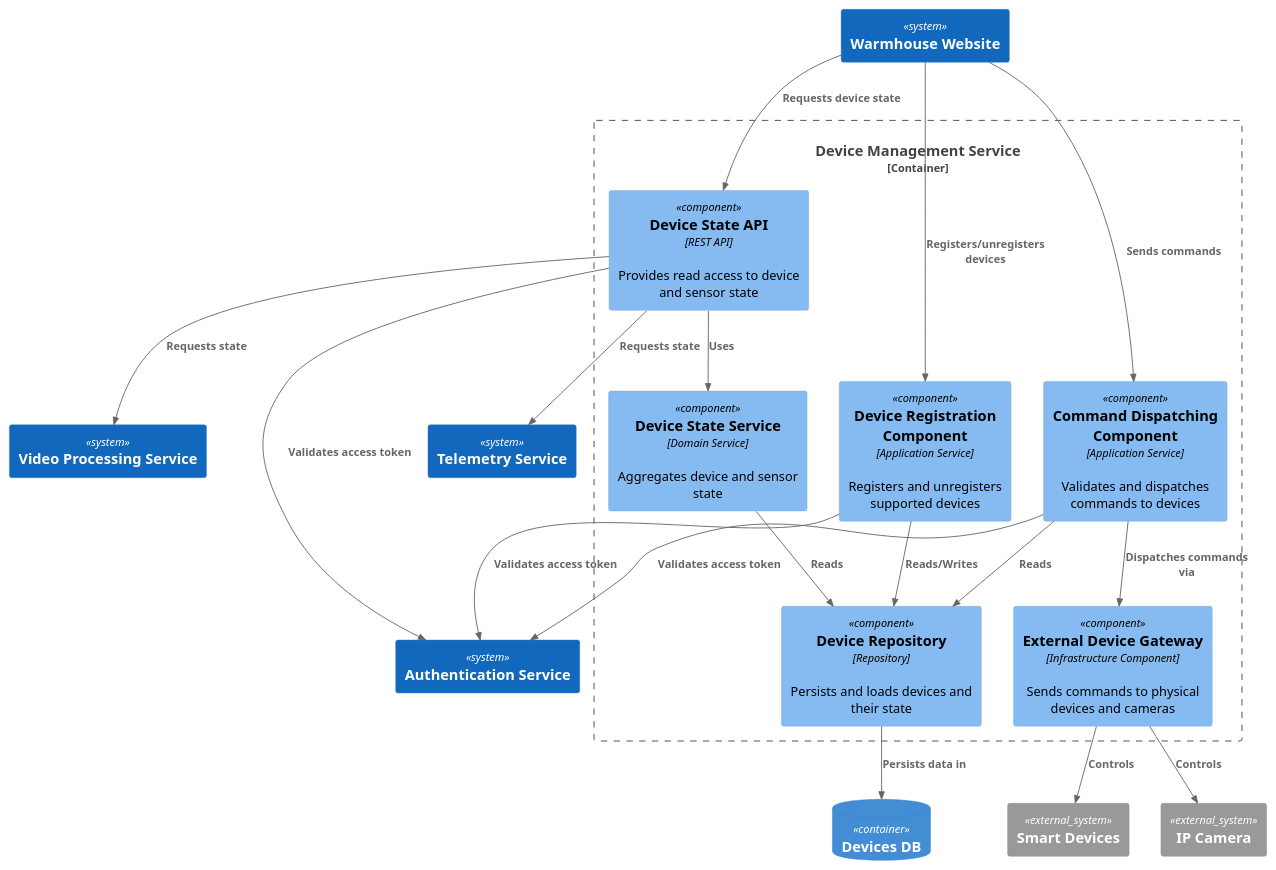
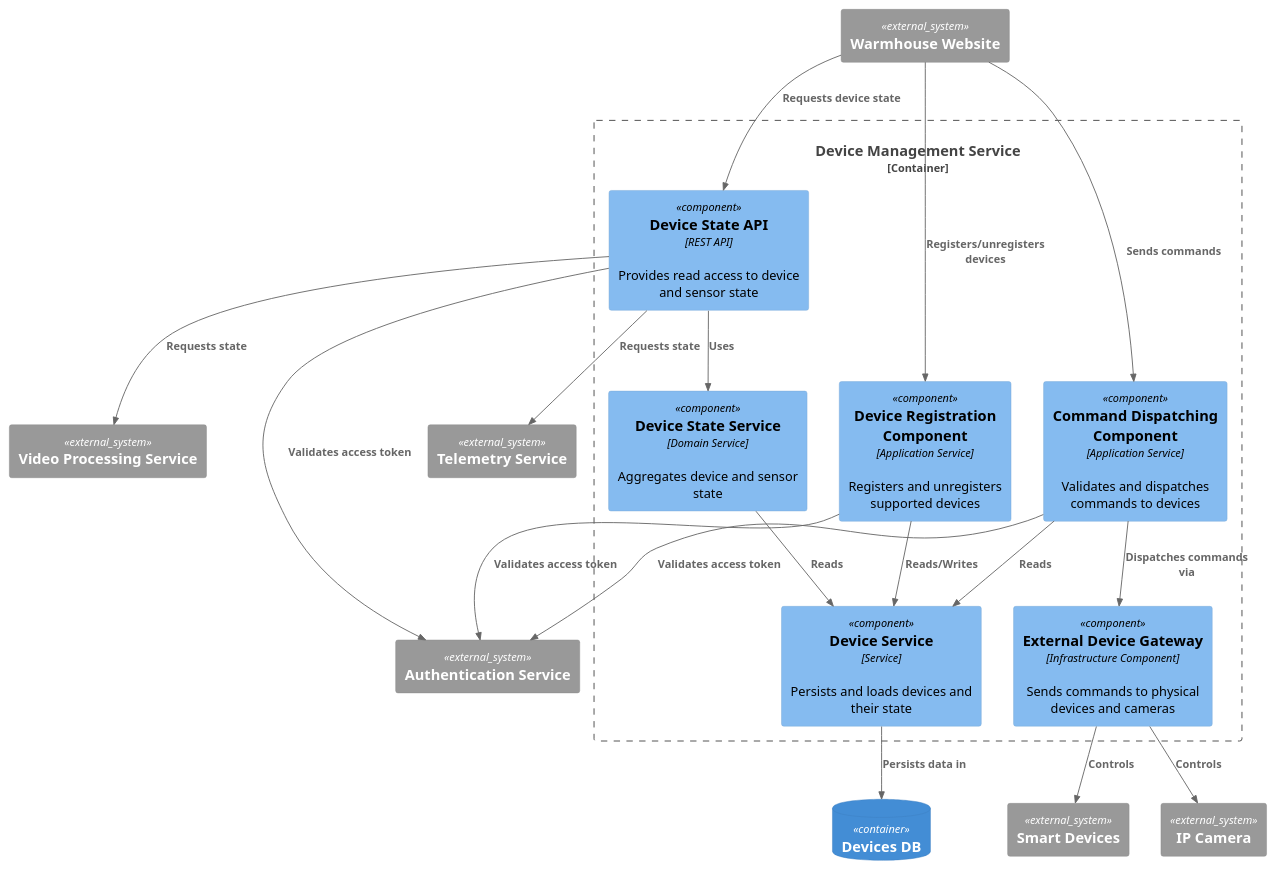
One commit to afjord/architecture-pro-warmhouse changed the diagram in docs/architecture/component_device.puml. Above: the diagram before and after it, drawn with PlantUML. The commit also changed 2 other files, not shown here.

Commit message:
Add component webapp diagram. Fix component device diagram.

```diff
--- a/docs/architecture/component_device.puml
+++ b/docs/architecture/component_device.puml
@@ -1,47 +1,47 @@
 @startuml
 
 !include C4_Component.puml
 
 Container_Boundary(deviceMgmt, "Device Management Service") {
     Component(deviceStateApi, "Device State API","REST API","Provides read access to device and sensor state")
     Component(deviceRegistration, "Device Registration Component","Application Service","Registers and unregisters supported devices")
     Component(commandDispatcher, "Command Dispatching Component","Application Service","Validates and dispatches commands to devices")
-    Component(deviceRepository, "Device Repository","Repository","Persists and loads devices and their state")
+    Component(deviceService, "Device Service","Service","Persists and loads devices and their state")
     Component(deviceGateway, "External Device Gateway","Infrastructure Component","Sends commands to physical devices and cameras")
     Component(deviceStateService, "Device State Service","Domain Service","Aggregates device and sensor state")
 }
 
-System(web, "Warmhouse Website")
-System(telemetry, "Telemetry Service")
-System(video, "Video Processing Service")
-System(authService, "Authentication Service")
+System_Ext(web, "Warmhouse Website")
+System_Ext(telemetry, "Telemetry Service")
+System_Ext(video, "Video Processing Service")
+System_Ext(authService, "Authentication Service")
 ContainerDb(devicesDb, "Devices DB")
 
 System_Ext(smartDevices, "Smart Devices")
 System_Ext(ipCamera, "IP Camera")
 
 Rel(web, deviceStateApi, "Requests device state")
 Rel(web, deviceRegistration, "Registers/unregisters devices")
 Rel(web, commandDispatcher, "Sends commands")
 
 Rel(deviceStateApi, telemetry, "Requests state")
 Rel(deviceStateApi, video, "Requests state")
 
-Rel(deviceRegistration, deviceRepository, "Reads/Writes")
-Rel(commandDispatcher, deviceRepository, "Reads")
+Rel(deviceRegistration, deviceService, "Reads/Writes")
+Rel(commandDispatcher, deviceService, "Reads")
 
 Rel(deviceStateApi, deviceStateService, "Uses")
-Rel(deviceStateService, deviceRepository, "Reads")
+Rel(deviceStateService, deviceService, "Reads")
 
 Rel(commandDispatcher, deviceGateway, "Dispatches commands via")
 Rel(deviceGateway, smartDevices, "Controls")
 Rel(deviceGateway, ipCamera, "Controls")
 
 
 Rel(deviceStateApi, authService, "Validates access token")
 Rel(commandDispatcher, authService, "Validates access token")
 Rel(deviceRegistration, authService, "Validates access token")
 
-Rel(deviceRepository, devicesDb, "Persists data in")
+Rel(deviceService, devicesDb, "Persists data in")
 
 @enduml
```
